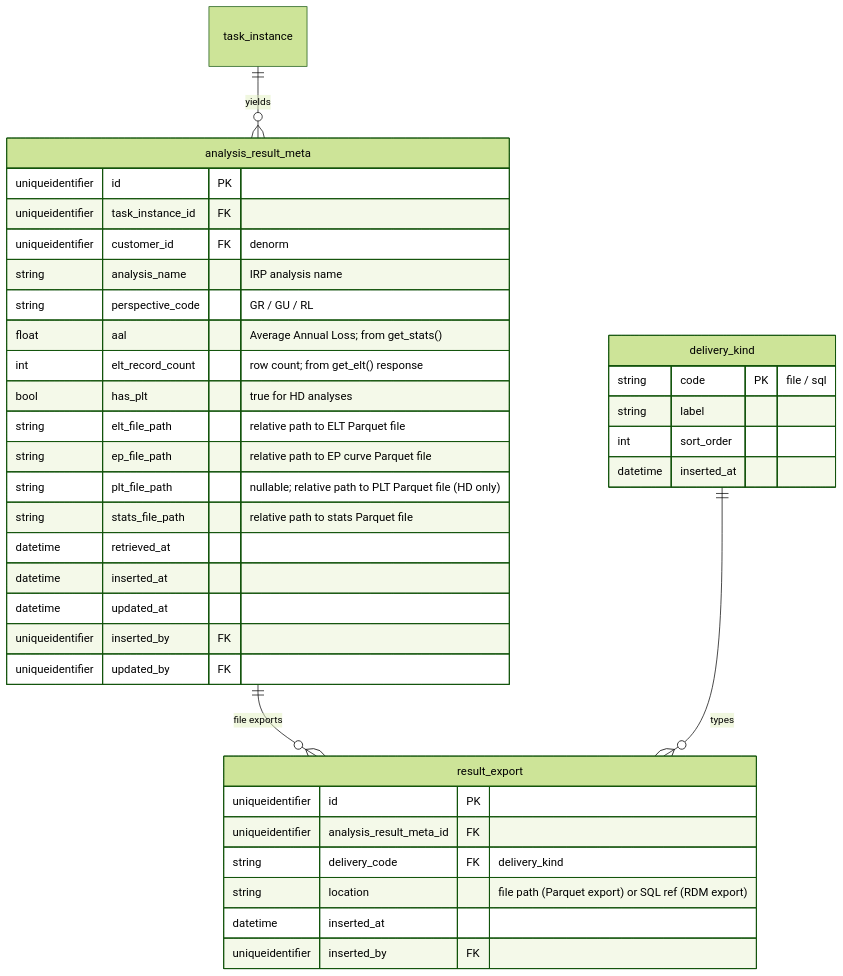
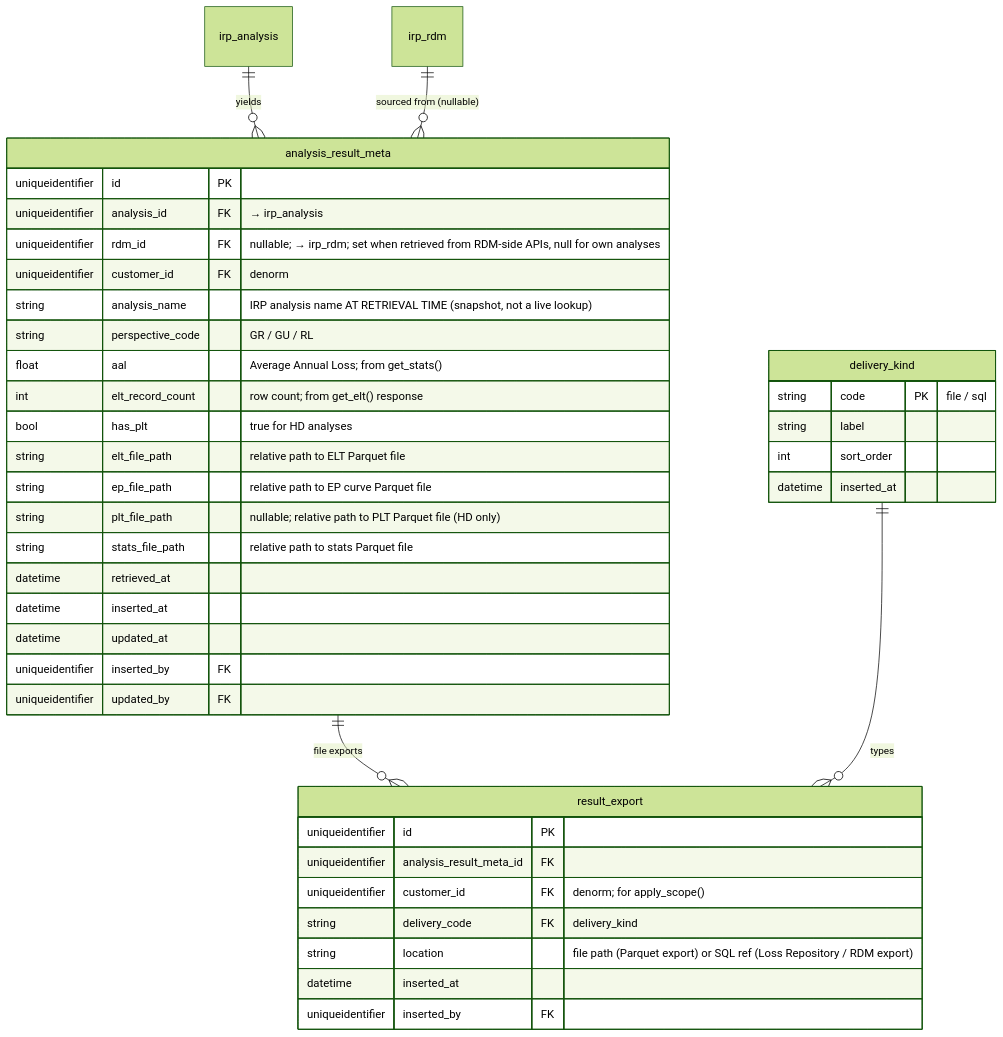
The tenth of 11 diagrams in docs/DATA_MODEL.md (anilvenugopal/risk-workbench), drawn with Mermaid (forest theme) before and after one commit. The commit also changed other lines of this file and 2 other files, not shown here.

Commit message:
Apply CR_02 to DATA_MODEL.md and PRD.md

````diff
--- a/docs/DATA_MODEL.md
+++ b/docs/DATA_MODEL.md
@@ -868,40 +822,43 @@
 ```mermaid
 erDiagram
-  task_instance ||--o{ analysis_result_meta : yields
+  irp_analysis ||--o{ analysis_result_meta : yields
+  irp_rdm ||--o{ analysis_result_meta : "sourced from (nullable)"
   analysis_result_meta ||--o{ result_export : "file exports"
   delivery_kind ||--o{ result_export : types
 
   analysis_result_meta {
     uniqueidentifier id PK
-    uniqueidentifier task_instance_id FK
+    uniqueidentifier analysis_id FK "→ irp_analysis"
+    uniqueidentifier rdm_id FK "nullable; → irp_rdm; set when retrieved from RDM-side APIs, null for own analyses"
     uniqueidentifier customer_id FK "denorm"
-    string analysis_name "IRP analysis name"
+    string analysis_name "IRP analysis name AT RETRIEVAL TIME (snapshot, not a live lookup)"
     string perspective_code "GR / GU / RL"
     float aal "Average Annual Loss; from get_stats()"
     int elt_record_count "row count; from get_elt() response"
     bool has_plt "true for HD analyses"
     string elt_file_path "relative path to ELT Parquet file"
     string ep_file_path "relative path to EP curve Parquet file"
     string plt_file_path "nullable; relative path to PLT Parquet file (HD only)"
     string stats_file_path "relative path to stats Parquet file"
     datetime retrieved_at
     datetime inserted_at
     datetime updated_at
     uniqueidentifier inserted_by FK
     uniqueidentifier updated_by FK
   }
   result_export {
     uniqueidentifier id PK
     uniqueidentifier analysis_result_meta_id FK
+    uniqueidentifier customer_id FK "denorm; for apply_scope()"
     string delivery_code FK "delivery_kind"
-    string location "file path (Parquet export) or SQL ref (RDM export)"
+    string location "file path (Parquet export) or SQL ref (Loss Repository / RDM export)"
     datetime inserted_at
     uniqueidentifier inserted_by FK
   }
   delivery_kind {
     string code PK "file / sql"
     string label
     int sort_order
     datetime inserted_at
   }
 ```
````
